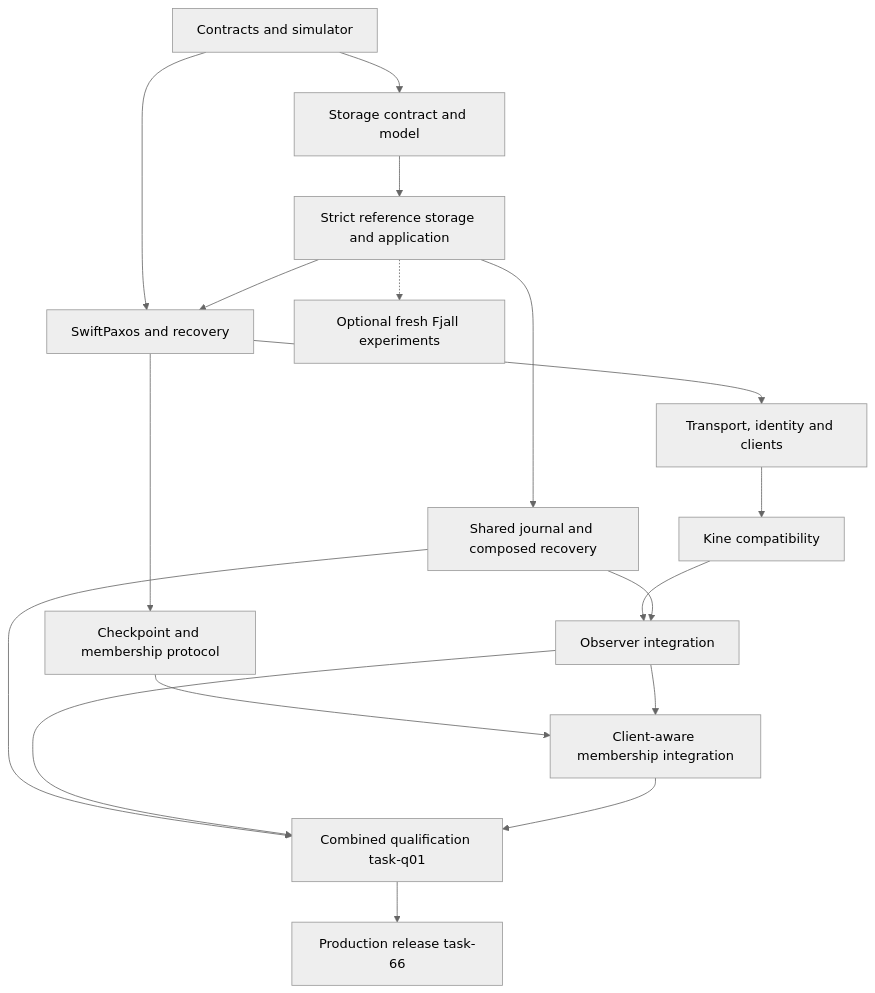
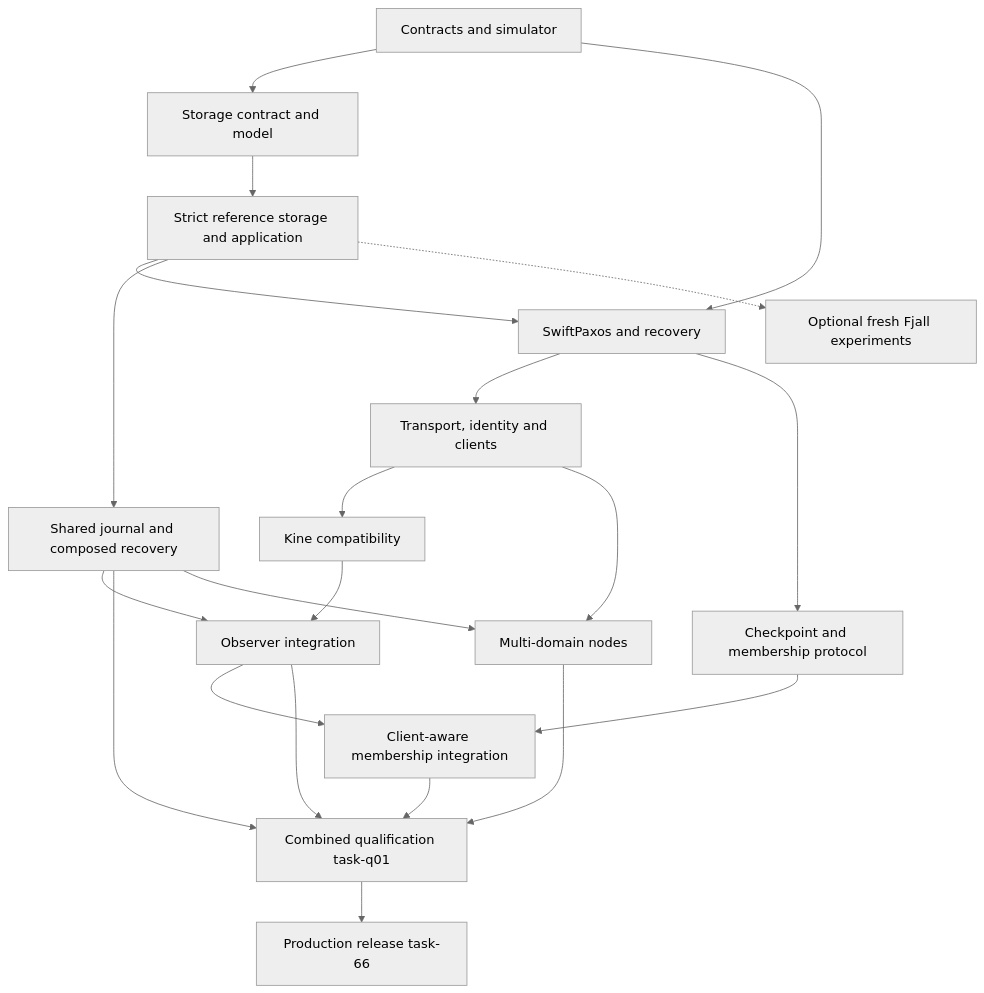
The diagram in docs/design/tuplesky-prs-plan.md (tuplesky/tuplesky), drawn with Mermaid (neutral theme) before and after one commit. The commit also changed other lines of this file, not shown here.

First line of the commit message:
plan v1.6: add task-t01 through task-t08 for multi-domain nodes

````diff
--- a/docs/design/tuplesky-prs-plan.md
+++ b/docs/design/tuplesky-prs-plan.md
@@ -38,20 +39,23 @@
 ```mermaid
 flowchart TD
     A["Contracts and simulator"] --> S["Storage contract and model"]
     S --> B["Strict reference storage and application"]
     A --> C["SwiftPaxos and recovery"]
     B --> C
     C --> D["Transport, identity and clients"]
     D --> K["Kine compatibility"]
     C --> L["Checkpoint and membership protocol"]
     B --> J["Shared journal and composed recovery"]
     K --> O["Observer integration"]
     J --> O
     L --> M["Client-aware membership integration"]
     O --> M
     J --> Q["Combined qualification task-q01"]
+    D --> T["Multi-domain nodes"]
+    J --> T
+    T --> Q
     O --> Q
     M --> Q
     Q --> R["Production release task-66"]
     B -.-> X["Optional fresh Fjall experiments"]
 ```
````
